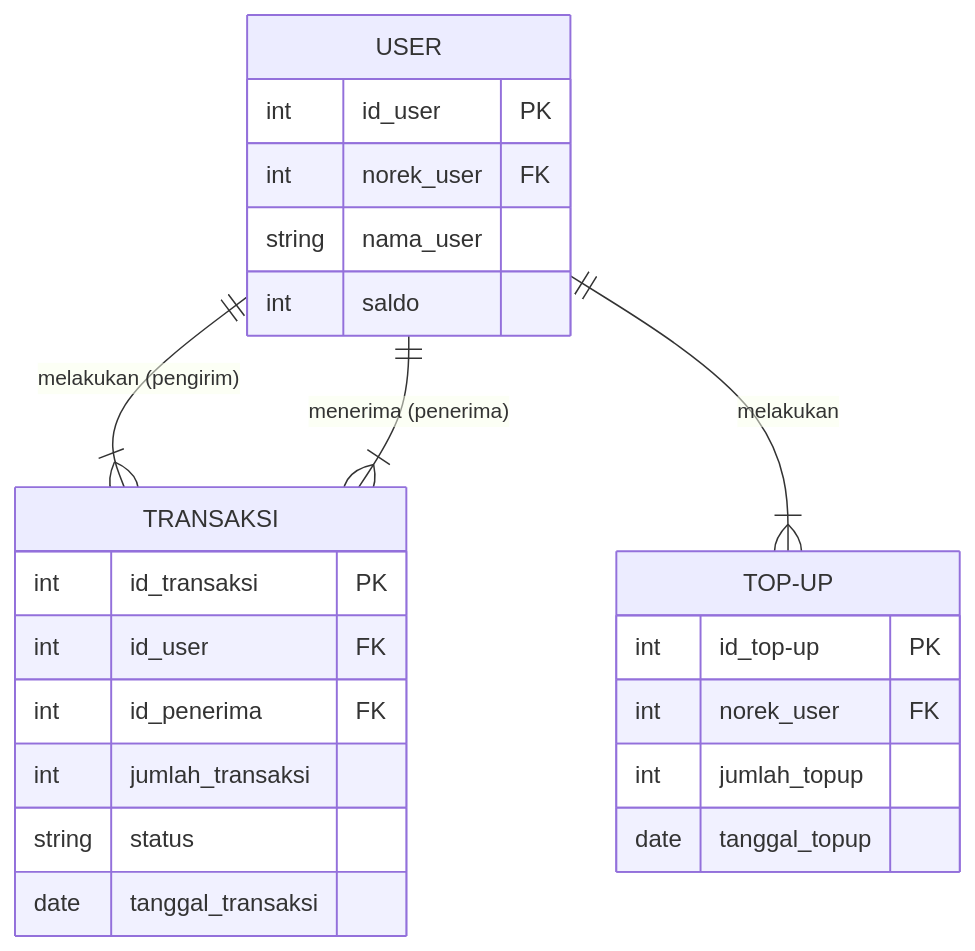
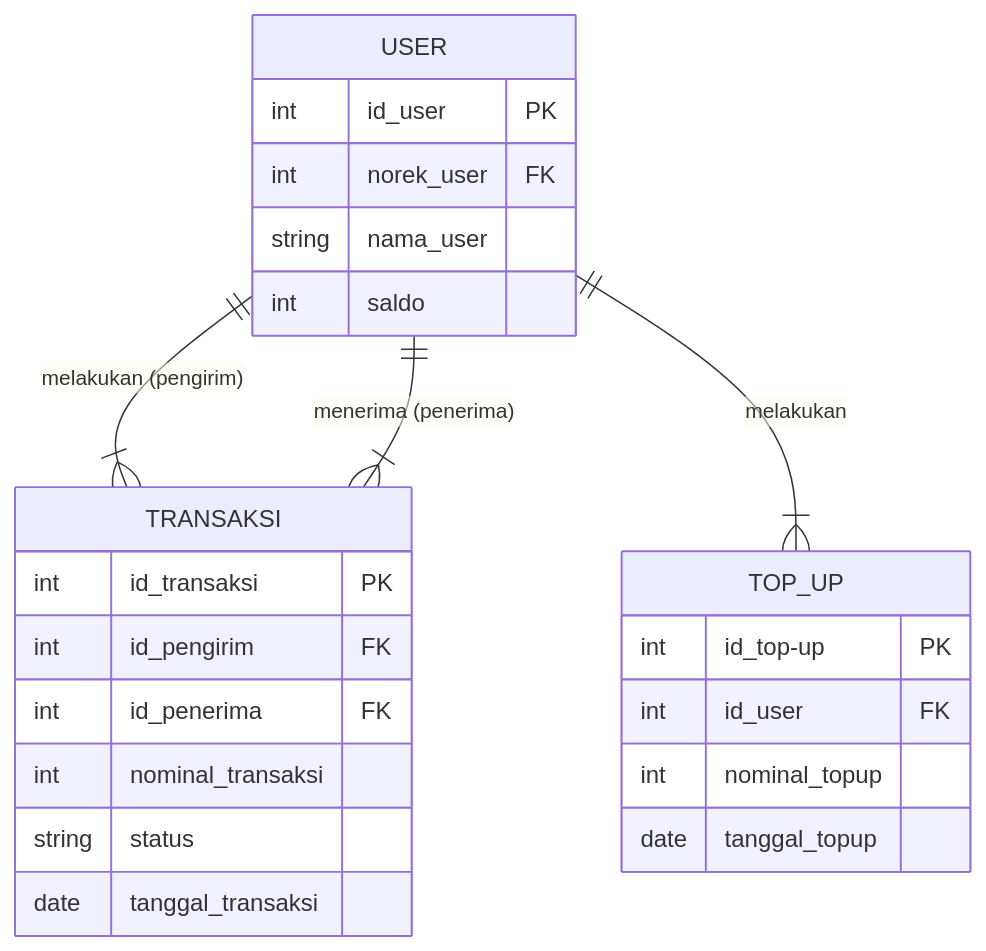
One commit to dev-Flone/koda-b1-db2 changed the diagram in erd-ewallet.md. Above: the diagram before and after it, drawn with Mermaid.

Commit message:
fix: entitie's attribute

````diff
--- a/erd-ewallet.md
+++ b/erd-ewallet.md
@@ -2,30 +2,30 @@
 ``` mermaid
 erDiagram
     direction TB
 
     USER ||--|{ TRANSAKSI: "melakukan (pengirim)"
     USER ||--|{ TRANSAKSI: "menerima (penerima)"
-    USER ||--|{ TOP-UP: melakukan
+    USER ||--|{ TOP_UP: melakukan
 
     TRANSAKSI {
         int id_transaksi PK
-        int id_user FK
+        int id_pengirim FK
         int id_penerima FK
-        int jumlah_transaksi
+        int nominal_transaksi
         string status
         date tanggal_transaksi
     }
-    TOP-UP {
+    TOP_UP {
         int id_top-up PK
-        int norek_user FK
-        int jumlah_topup
+        int id_user FK
+        int nominal_topup
         date tanggal_topup
     }
     USER {
         int id_user PK
         int norek_user FK
         string nama_user
         int saldo
     }
 
 ```
````
